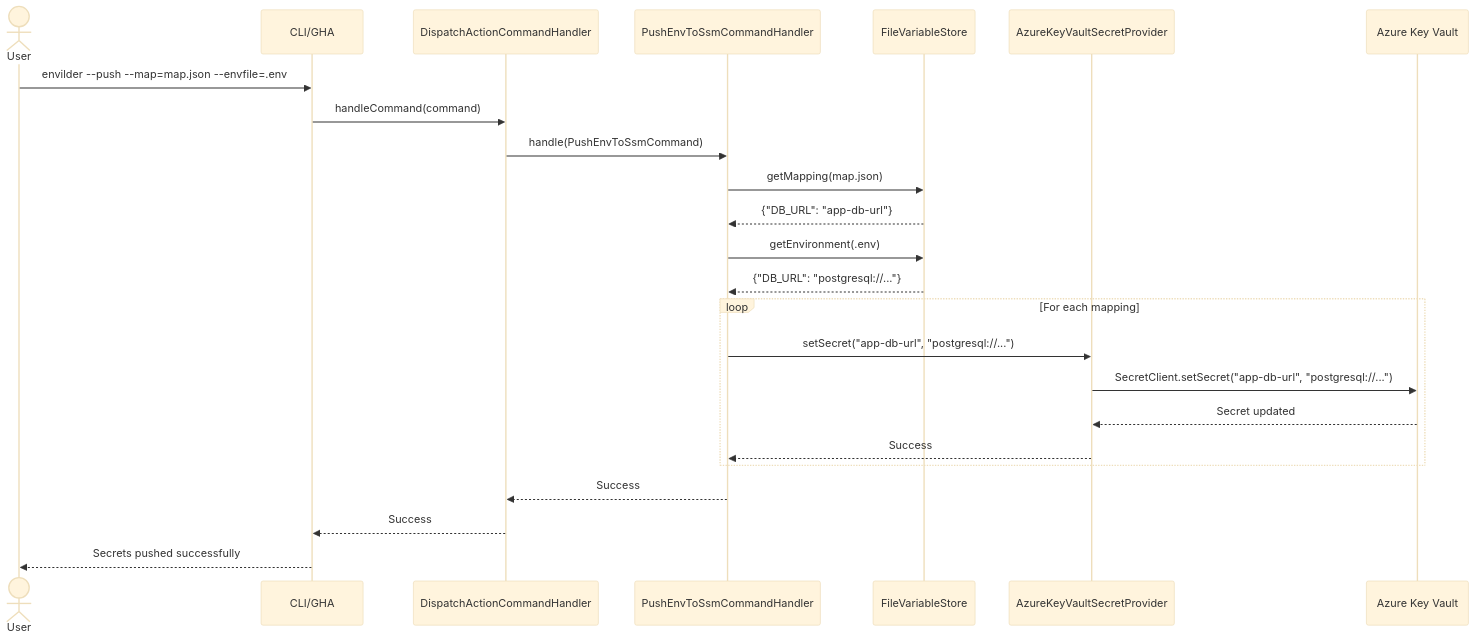
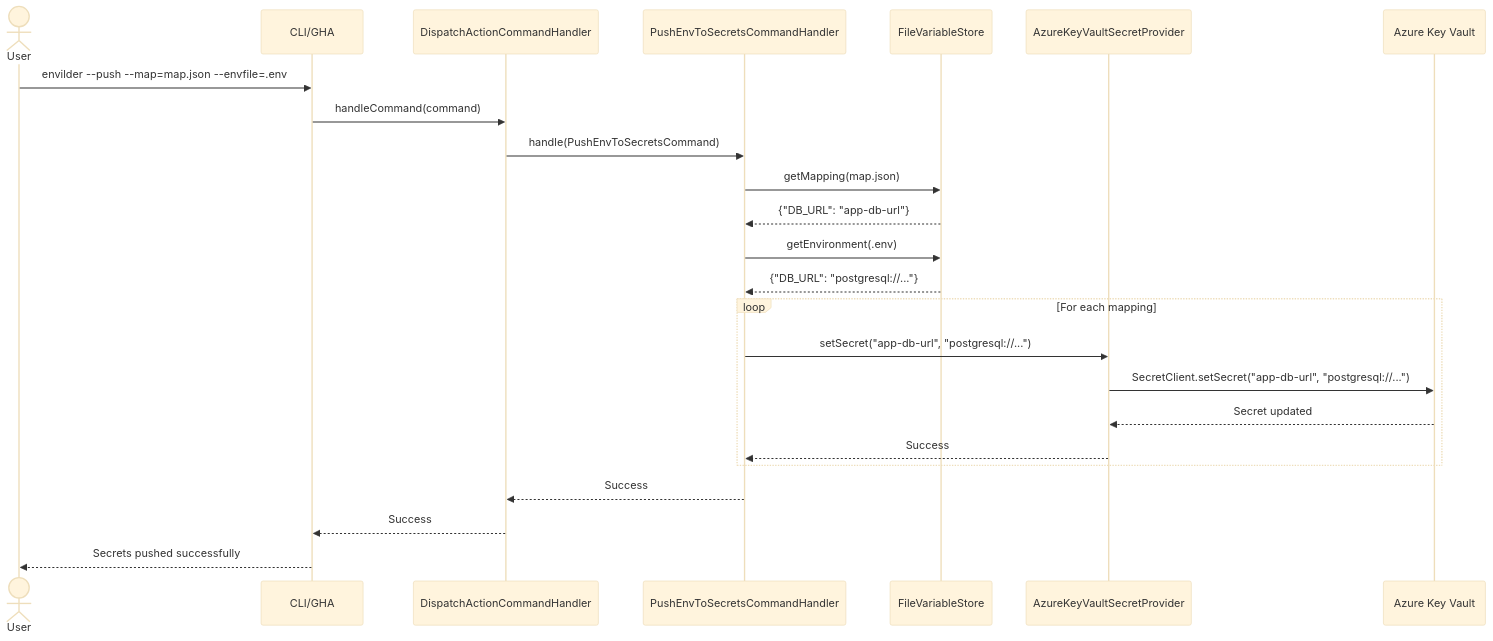
Before and after one commit to macalbert/envilder: the fifth of 6 diagrams in docs/architecture/README.md, drawn with Mermaid (base theme). The commit also changed other lines of this file and 183 other files, not shown here.

````diff
--- a/docs/architecture/README.md
+++ b/docs/architecture/README.md
@@ -290,31 +290,31 @@
 ```mermaid
 sequenceDiagram
     actor User
     participant CLI as CLI/GHA
     participant Dispatch as DispatchActionCommandHandler
-    participant Push as PushEnvToSsmCommandHandler
+    participant Push as PushEnvToSecretsCommandHandler
     participant FileStore as FileVariableStore
     participant AZ as AzureKeyVaultSecretProvider
     participant KV as Azure Key Vault
 
     User->>CLI: envilder --push --map=map.json --envfile=.env
     CLI->>Dispatch: handleCommand(command)
-    Dispatch->>Push: handle(PushEnvToSsmCommand)
+    Dispatch->>Push: handle(PushEnvToSecretsCommand)
     
     Push->>FileStore: getMapping(map.json)
     FileStore-->>Push: {"DB_URL": "app-db-url"}
     
     Push->>FileStore: getEnvironment(.env)
     FileStore-->>Push: {"DB_URL": "postgresql://..."}
     
     loop For each mapping
         Push->>AZ: setSecret("app-db-url", "postgresql://...")
         AZ->>KV: SecretClient.setSecret("app-db-url", "postgresql://...")
         KV-->>AZ: Secret updated
         AZ-->>Push: Success
     end
     
     Push-->>Dispatch: Success
     Dispatch-->>CLI: Success
     CLI-->>User: Secrets pushed successfully
 ```
````
